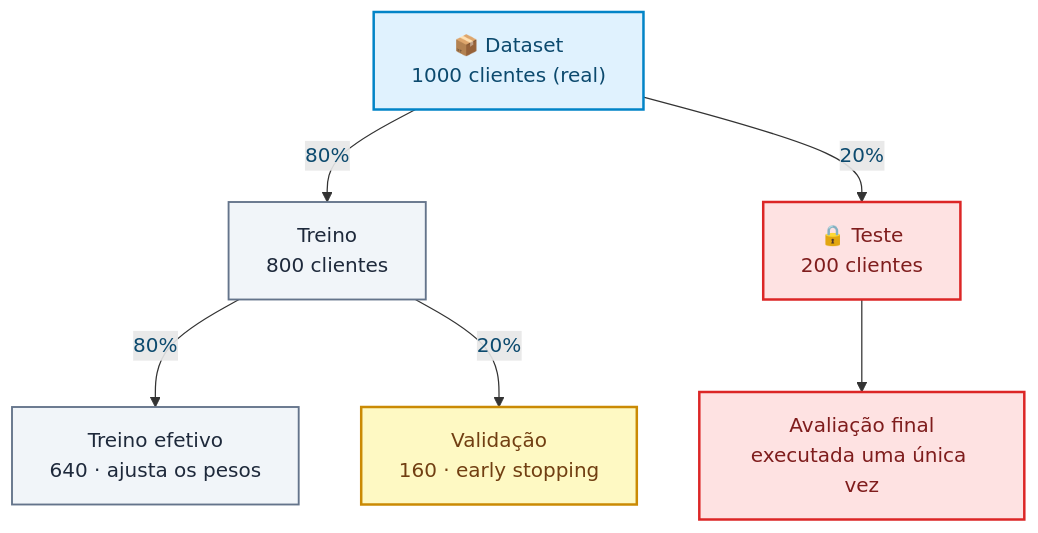
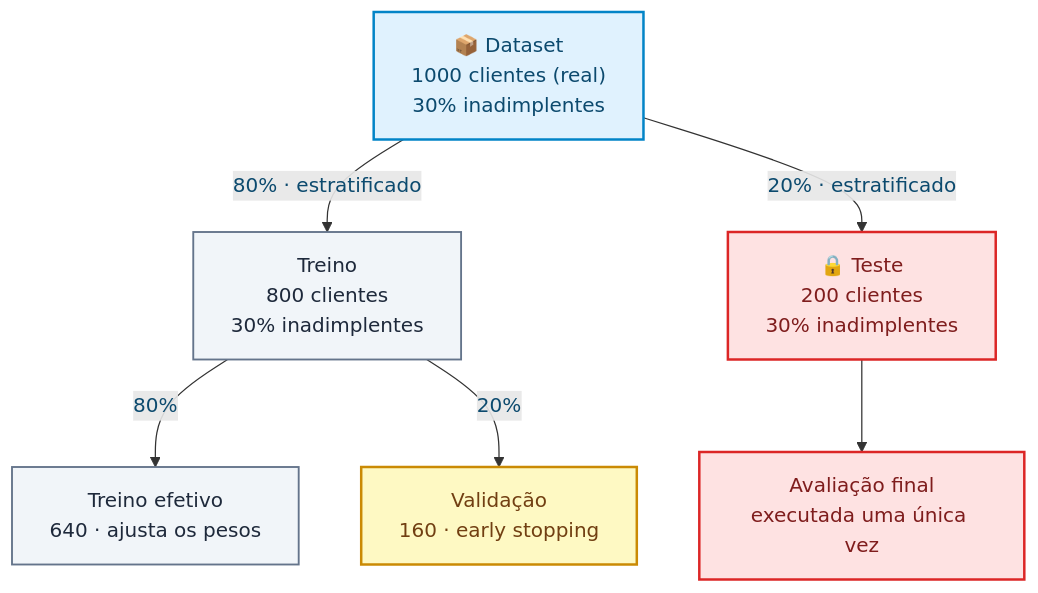
Before and after one commit to Felps03/tfjs-credit-risk-classifier: the third of 5 diagrams in README.md, drawn with Mermaid. The commit also changed other lines of this file, not shown here.

````diff
--- a/README.md
+++ b/README.md
@@ -1274,19 +1279,19 @@
 ```mermaid
 flowchart TD
-    A["📦 Dataset<br/>1000 clientes (real)"]
-    A -->|80%| B["Treino<br/>800 clientes"]
-    A -->|20%| C["🔒 Teste<br/>200 clientes"]
+    A["📦 Dataset<br/>1000 clientes (real)<br/>30% inadimplentes"]
+    A -->|"80% · estratificado"| B["Treino<br/>800 clientes<br/>30% inadimplentes"]
+    A -->|"20% · estratificado"| C["🔒 Teste<br/>200 clientes<br/>30% inadimplentes"]
     B -->|80%| D["Treino efetivo<br/>640 · ajusta os pesos"]
     B -->|20%| E["Validação<br/>160 · early stopping"]
     C --> F["Avaliação final<br/>executada uma única vez"]
 
     classDef root  fill:#e0f2fe,stroke:#0284c7,stroke-width:2px,color:#0c4a6e
     classDef train fill:#f1f5f9,stroke:#64748b,stroke-width:1.5px,color:#1e293b
     classDef val   fill:#fef9c3,stroke:#ca8a04,stroke-width:2px,color:#713f12
     classDef test  fill:#fee2e2,stroke:#dc2626,stroke-width:2px,color:#7f1d1d
 
     class A root
     class B,D train
     class E val
     class C,F test
 ```
````
